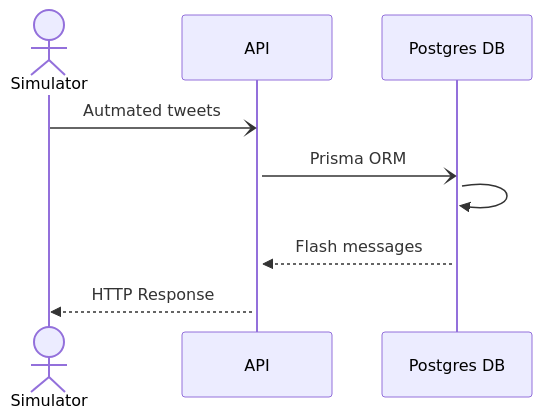
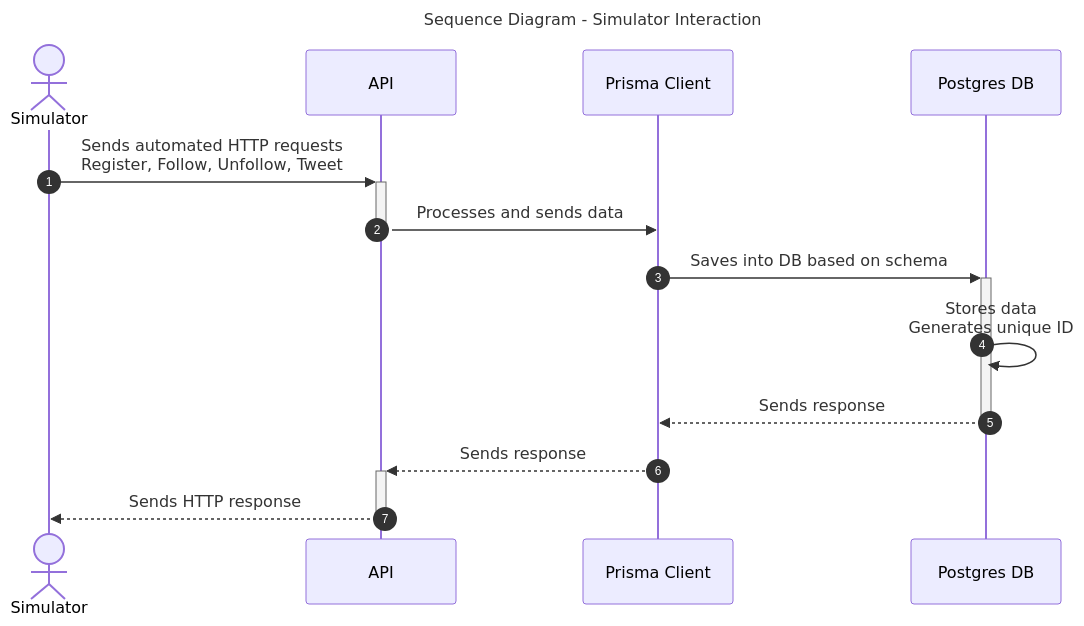
The diagram in report/report.md (DevOps-2024-group-p/maxitwit), drawn with Mermaid before and after one commit. The commit also changed other lines of this file, not shown here.

Commit message:
feat(report.md): sequence diagram for process perspective

````diff
--- a/report/report.md
+++ b/report/report.md
@@ -19,15 +25,18 @@
 ```mermaid
+---
+title: Sequence Diagram - Simulator Interaction
+---
 sequenceDiagram
+    autonumber
     actor Simulator
     participant API
+    participant Prisma Client
     participant Postgres DB
-    Simulator-)API: Autmated tweets
-    activate API
-    API-)Postgres DB: Prisma ORM 
-    activate Postgres DB
-    Postgres DB->>Postgres DB:  
-    activate Postgres DB
-    Postgres DB-->>API: Flash messages
-    activate Postgres DB
-    API-->>Simulator: HTTP Response
+    Simulator->>+API: Sends automated HTTP requests<br>Register, Follow, Unfollow, Tweet
+    API->>-Prisma Client: Processes and sends data
+    Prisma Client->>+Postgres DB: Saves into DB based on schema 
+    Postgres DB->>Postgres DB: Stores data <br>Generates unique ID
+    Postgres DB-->>-Prisma Client: Sends response
+    Prisma Client-->>+API: Sends response
+    API-->>-Simulator: Sends HTTP response 
 ```
````
